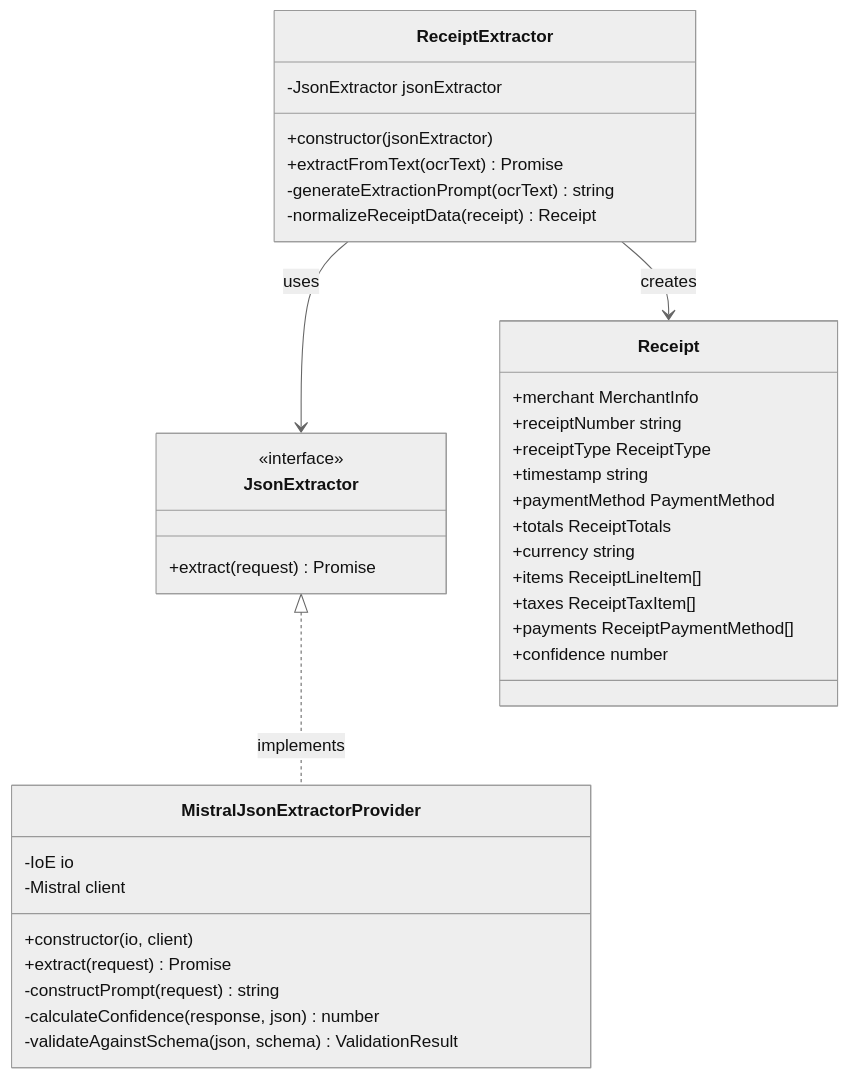
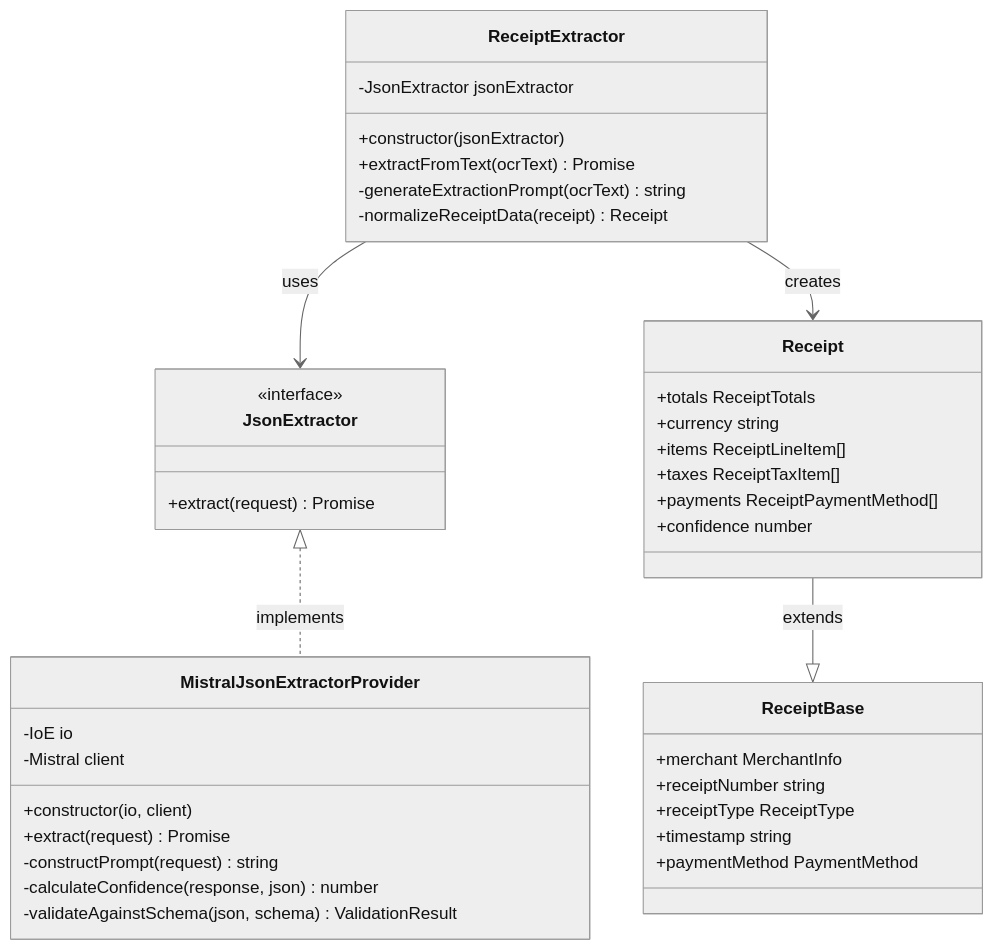
Before and after one commit to o2alexanderfedin/OCRChecksServer-demo: the first of 2 diagrams in docs/receipt-schema-implementation.md, drawn with Mermaid (neutral theme). The commit also changed other lines of this file and 1 other file, not shown here.

First line of the commit message:
docs: update receipt schema documentation to reflect v1.25.0 changes

````diff
--- a/docs/receipt-schema-implementation.md
+++ b/docs/receipt-schema-implementation.md
@@ -354,43 +358,48 @@
 ```mermaid
 classDiagram
     class JsonExtractor {
         <<interface>>
         +extract(request) Promise
     }
 
     class MistralJsonExtractorProvider {
         -IoE io
         -Mistral client
         +constructor(io, client)
         +extract(request) Promise
         -constructPrompt(request) string
         -calculateConfidence(response, json) number
         -validateAgainstSchema(json, schema) ValidationResult
     }
 
     class ReceiptExtractor {
         -JsonExtractor jsonExtractor
         +constructor(jsonExtractor)
         +extractFromText(ocrText) Promise
         -generateExtractionPrompt(ocrText) string
         -normalizeReceiptData(receipt) Receipt
     }
 
-    class Receipt {
+    class ReceiptBase {
         +merchant MerchantInfo
         +receiptNumber string
         +receiptType ReceiptType
         +timestamp string
         +paymentMethod PaymentMethod
+    }
+
+    class Receipt {
         +totals ReceiptTotals
         +currency string
         +items ReceiptLineItem[]
         +taxes ReceiptTaxItem[]
         +payments ReceiptPaymentMethod[]
         +confidence number
     }
+    
+    Receipt --|> ReceiptBase : extends
 
     JsonExtractor <|.. MistralJsonExtractorProvider : implements
     ReceiptExtractor --> JsonExtractor : uses
     ReceiptExtractor --> Receipt : creates
 ```
````
